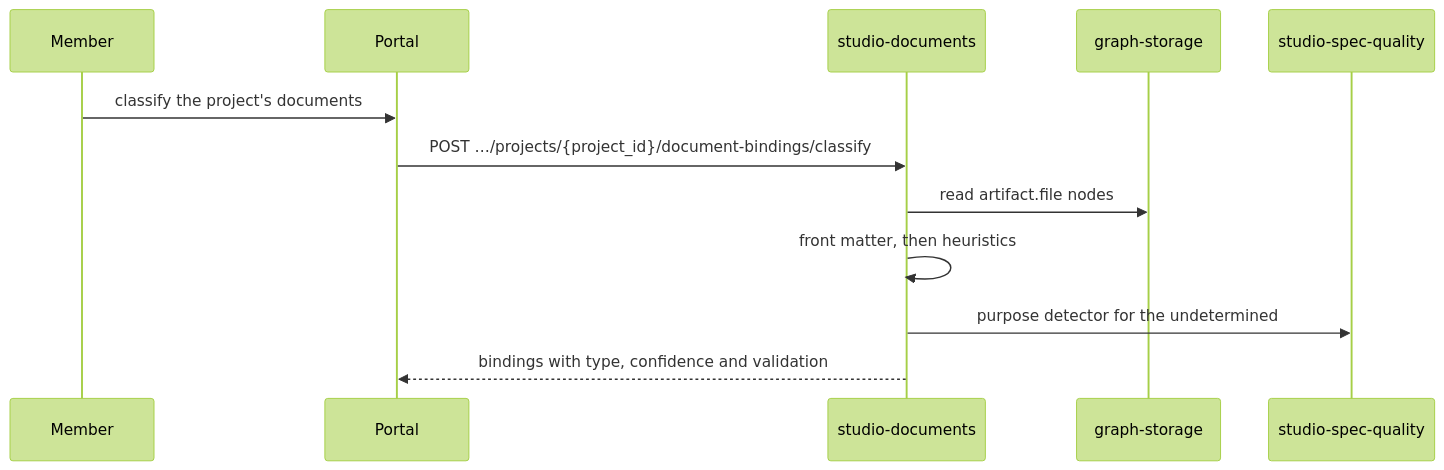
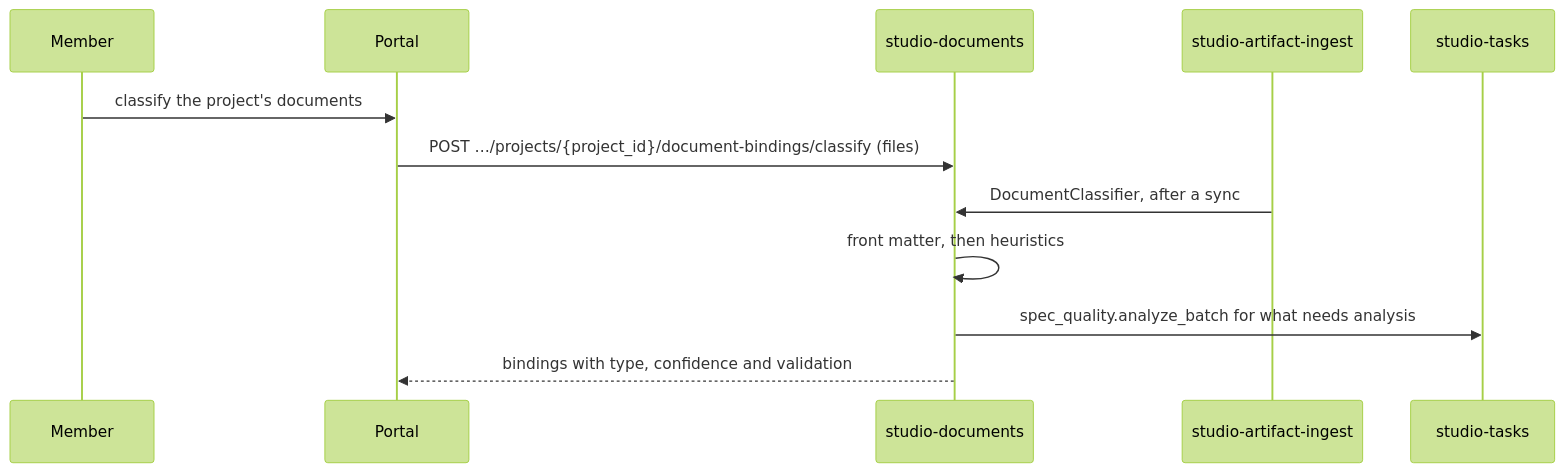
Before and after one commit to AndrejK666/studio-web: the fifth of 6 diagrams in docs/design/constructor-studio.md, drawn with Mermaid (forest theme). The commit also changed other lines of this file and 50 other files, not shown here.

````diff
--- a/docs/design/constructor-studio.md
+++ b/docs/design/constructor-studio.md
@@ -1540,9 +1645,9 @@
 ```mermaid
 sequenceDiagram
     Member ->> Portal: classify the project's documents
-    Portal ->> studio-documents: POST …/projects/{project_id}/document-bindings/classify
-    studio-documents ->> graph-storage: read artifact.file nodes
+    Portal ->> studio-documents: POST …/projects/{project_id}/document-bindings/classify (files)
+    studio-artifact-ingest ->> studio-documents: DocumentClassifier, after a sync
     studio-documents ->> studio-documents: front matter, then heuristics
-    studio-documents ->> studio-spec-quality: purpose detector for the undetermined
+    studio-documents ->> studio-tasks: spec_quality.analyze_batch for what needs analysis
     studio-documents -->> Portal: bindings with type, confidence and validation
 ```
````
